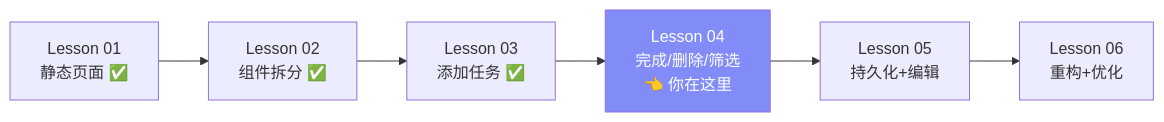
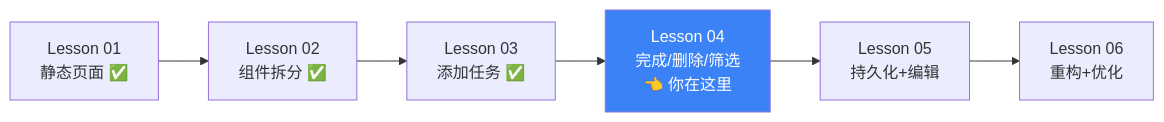
The first of 6 diagrams in docs/Lesson_04.md (boltguo/react_learn), drawn with Mermaid before and after one commit. The commit also changed other lines of this file and 31 other files, not shown here.

Commit message:
docs: 统一Mermaid术语与配色层级

````diff
--- a/docs/Lesson_04.md
+++ b/docs/Lesson_04.md
@@ -21,10 +33,10 @@
 ```mermaid
 flowchart LR
     A["Lesson 01<br/>静态页面 ✅"] --> B["Lesson 02<br/>组件拆分 ✅"]
     B --> C["Lesson 03<br/>添加任务 ✅"]
     C --> D["Lesson 04<br/>完成/删除/筛选<br/>👈 你在这里"]
     D --> E["Lesson 05<br/>持久化+编辑"]
     E --> F["Lesson 06<br/>重构+优化"]
 
-    style D fill:#818cf8,color:#fff
+    style D fill:#3b82f6,color:#fff
 ```
````
